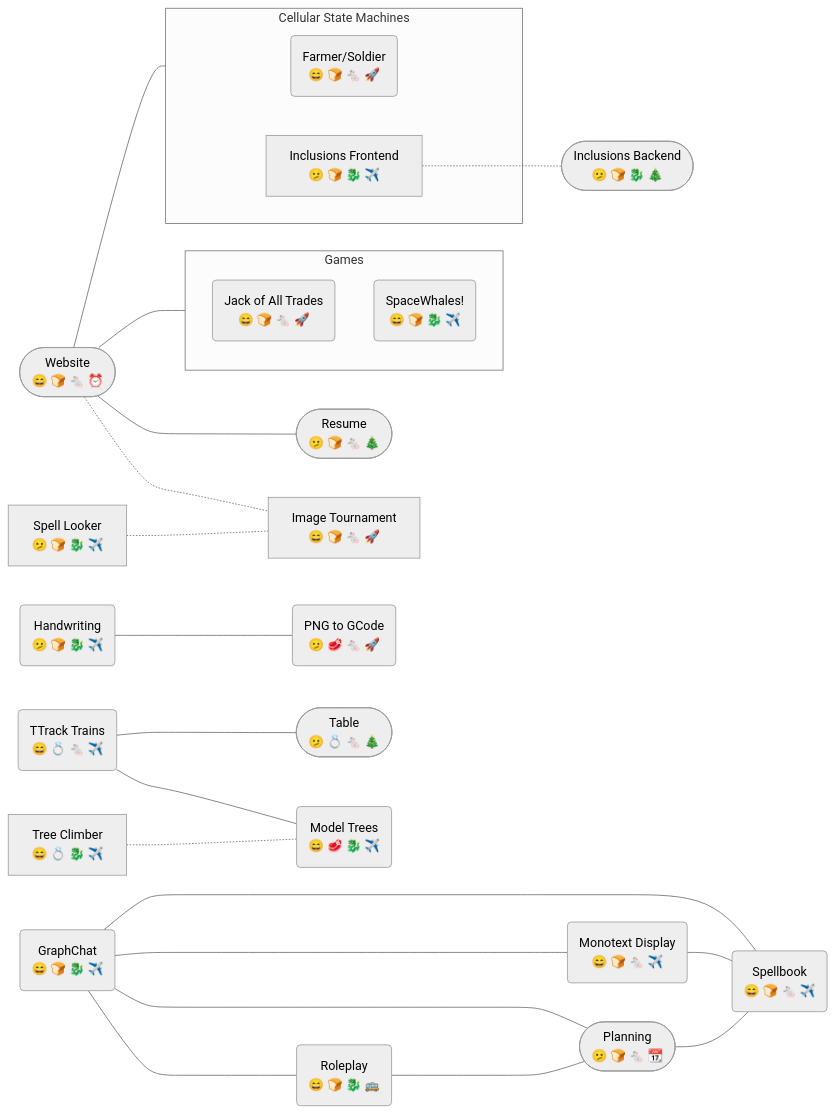
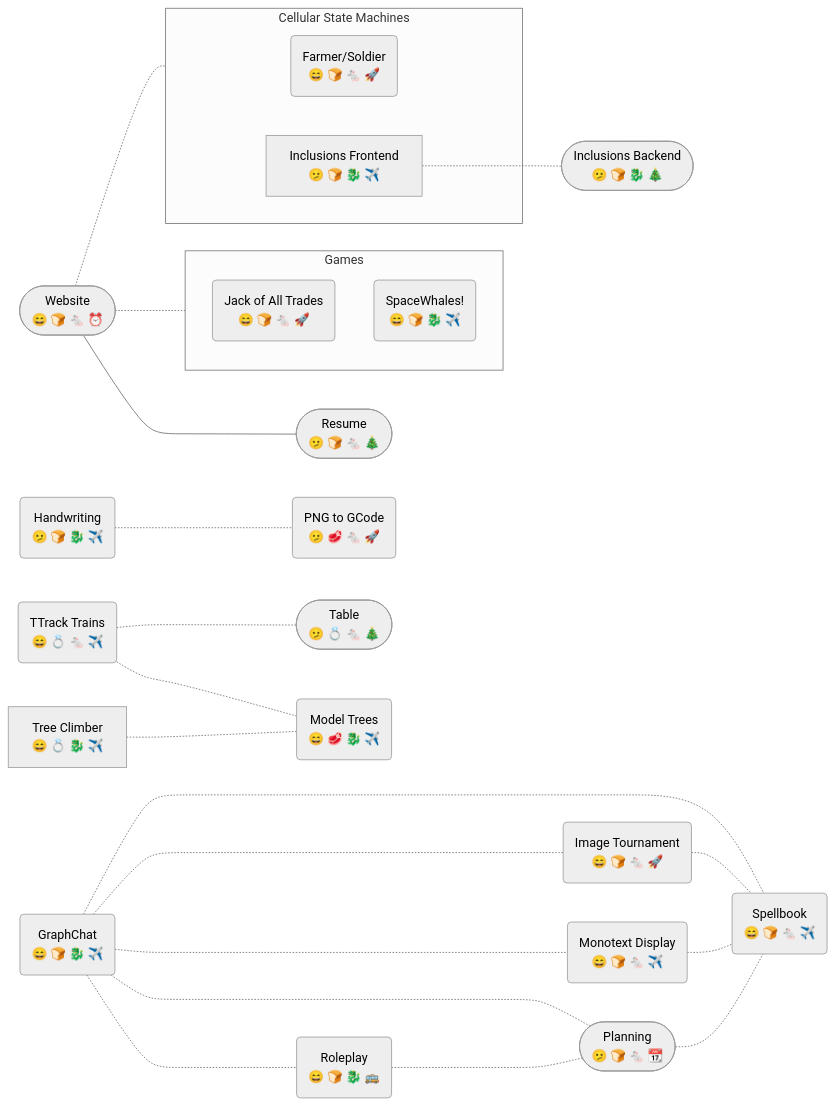
The diagram in pages/projects.md (eipiguy/jekyll-theme-nnesbitt), drawn with Mermaid (neutral theme) before and after one commit. The commit also changed other lines of this file and 6 other files, not shown here.

Commit message:
adding code to the image tournament post

```diff
--- a/pages/projects.md
+++ b/pages/projects.md
@@ -15,58 +15,57 @@
 <div class="mermaid">
 flowchart LR
 
   website(["Website\n 😄 🍞 🐁 ⏰"])
   resume(["Resume\n 🫤 🍞 🐁 🎄"])
-  imagetournament["Image Tournament\n 😄 🍞 🐁 🚀"]
-  spelllooker["Spell Looker\n 🫤 🍞 🐉 ✈️"]
 
   subgraph games["Games"]
     jackofalltrades("Jack of All Trades\n 😄 🍞 🐁 🚀")
     spacewhales("SpaceWhales!\n 😄 🍞 🐉 ✈️")
   end
 
   subgraph cellularstates["Cellular State Machines"]
     farmersoldier("Farmer/Soldier\n 😄 🍞 🐁 🚀")
     inclusionsfront["Inclusions Frontend\n 🫤 🍞 🐉 ✈️"]
   end
   inclusionsback(["Inclusions Backend\n 🫤 🍞 🐉 🎄"])
 
   website---resume
-  website---games
-  website---cellularstates
-  website-.-imagetournament
-  spelllooker-.-imagetournament
+  website-.-games
+  website-.-cellularstates
 
   inclusionsfront-.-inclusionsback
 
   graphchat("GraphChat\n 😄 🍞 🐉 ✈️")
+  imagetournament("Image Tournament\n 😄 🍞 🐁 🚀")
   monotextdisplay("Monotext Display\n 😄 🍞 🐁 ✈️")
   spellbook("Spellbook\n 😄 🍞 🐁 ✈️")
   roleplay("Roleplay\n 😄 🍞 🐉 🚌")
   planning(["Planning\n 🫤 🍞 🐁 📆"])
 
-  graphchat---monotextdisplay
-  graphchat---spellbook
-  graphchat---roleplay
-  graphchat---planning
+  graphchat-.-imagetournament
+  graphchat-.-monotextdisplay
+  graphchat-.-spellbook
+  graphchat-.-roleplay
+  graphchat-.-planning
 
-  roleplay---planning
+  roleplay-.-planning
 
-  monotextdisplay---spellbook
+  imagetournament-.-spellbook
+  monotextdisplay-.-spellbook
 
-  planning---spellbook
+  planning-.-spellbook
 
   handwriting("Handwriting\n 🫤 🍞 🐉 ✈️")
   pnggcode("PNG to GCode\n 🫤 🥩 🐁 🚀")
 
-  handwriting---pnggcode
+  handwriting-.-pnggcode
 
   table(["Table\n 🫤 💍 🐁 🎄"])
   trains("TTrack Trains\n 😄 💍 🐁 ✈️")
   treeclimber["Tree Climber\n 😄 💍 🐉 ✈️"]
   trees("Model Trees\n 😄 🥩 🐉 ✈️")
 
-  trains---table
-  trains---trees
+  trains-.-table
+  trains-.-trees
   treeclimber-.-trees
 </div>
```
